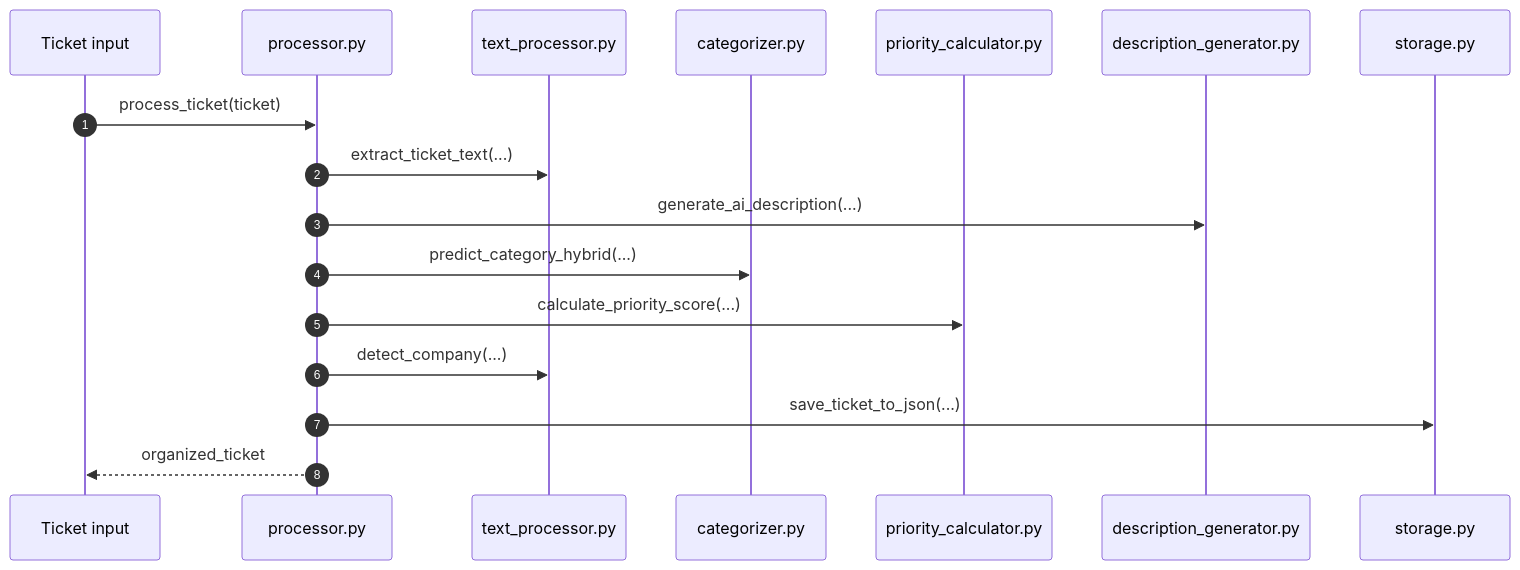
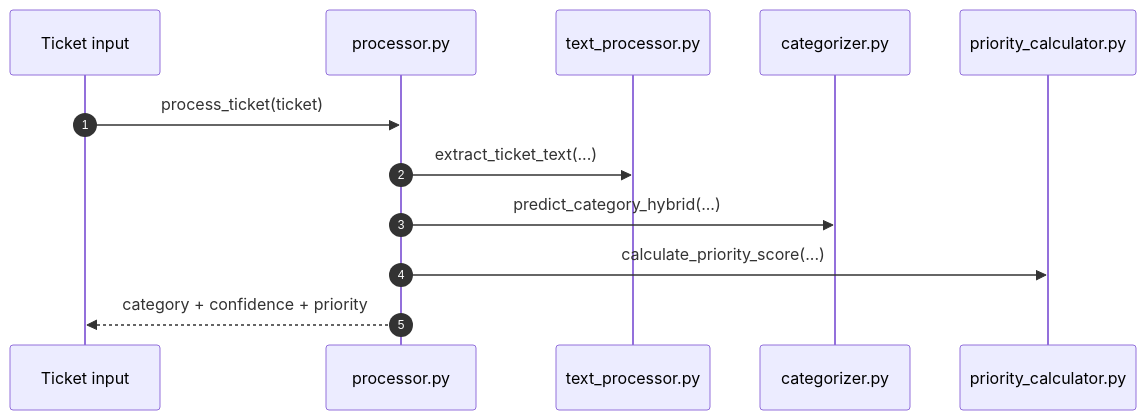
The fifth of 5 diagrams in docs/services/ai-service/flows.md (Plymouth-University/comp2003-2025-2026-team-3), drawn with Mermaid before and after one commit. The commit also changed other lines of this file and 5 other files, not shown here.

````diff
--- a/docs/services/ai-service/flows.md
+++ b/docs/services/ai-service/flows.md
@@ -230,20 +205,15 @@
 ```mermaid
 sequenceDiagram
   autonumber
   participant Input as Ticket input
   participant Proc as processor.py
   participant Text as text_processor.py
   participant Cat as categorizer.py
   participant Pri as priority_calculator.py
-  participant Desc as description_generator.py
-  participant Storage as storage.py
 
   Input->>Proc: process_ticket(ticket)
   Proc->>Text: extract_ticket_text(...)
-  Proc->>Desc: generate_ai_description(...)
   Proc->>Cat: predict_category_hybrid(...)
   Proc->>Pri: calculate_priority_score(...)
-  Proc->>Text: detect_company(...)
-  Proc->>Storage: save_ticket_to_json(...)
-  Proc-->>Input: organized_ticket
+  Proc-->>Input: category + confidence + priority
 ```
````
